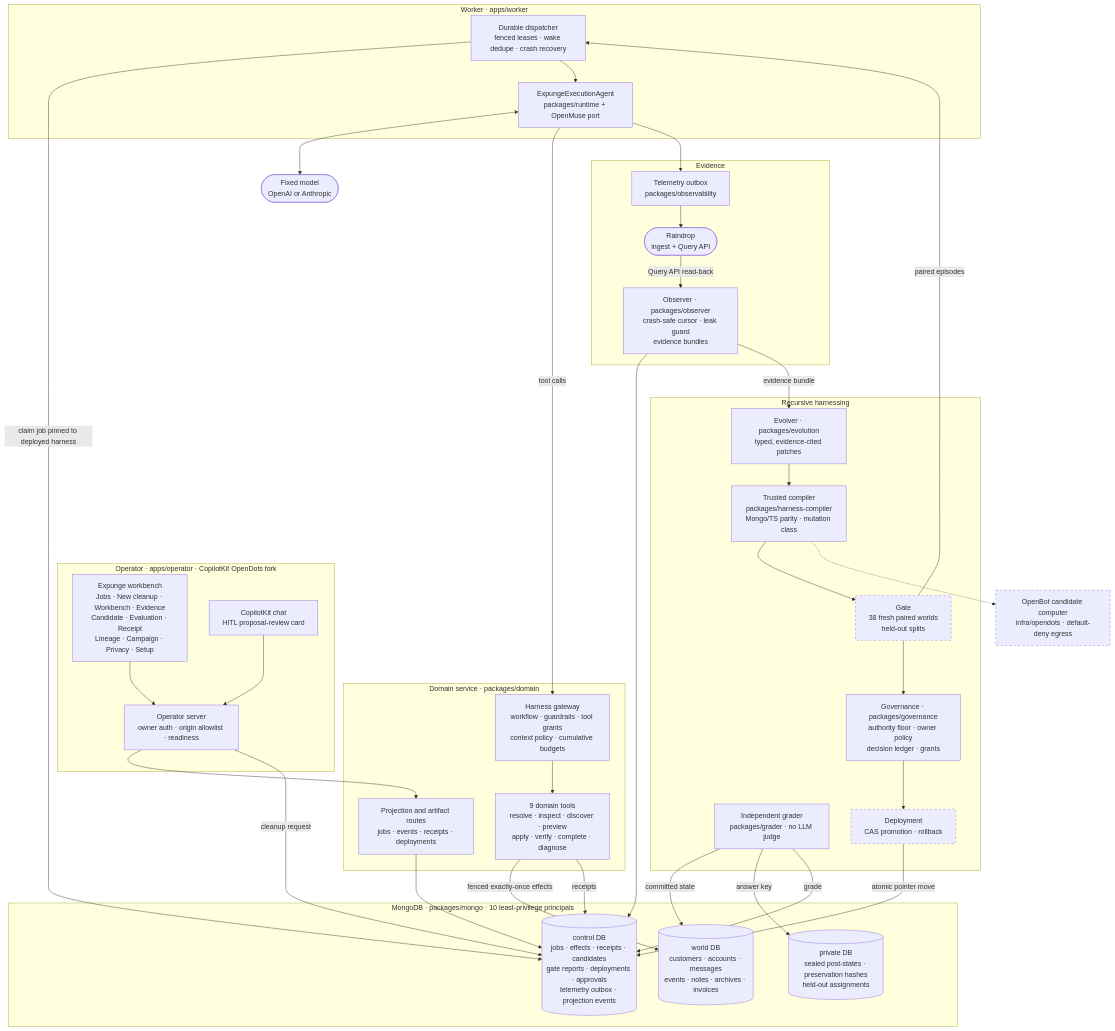
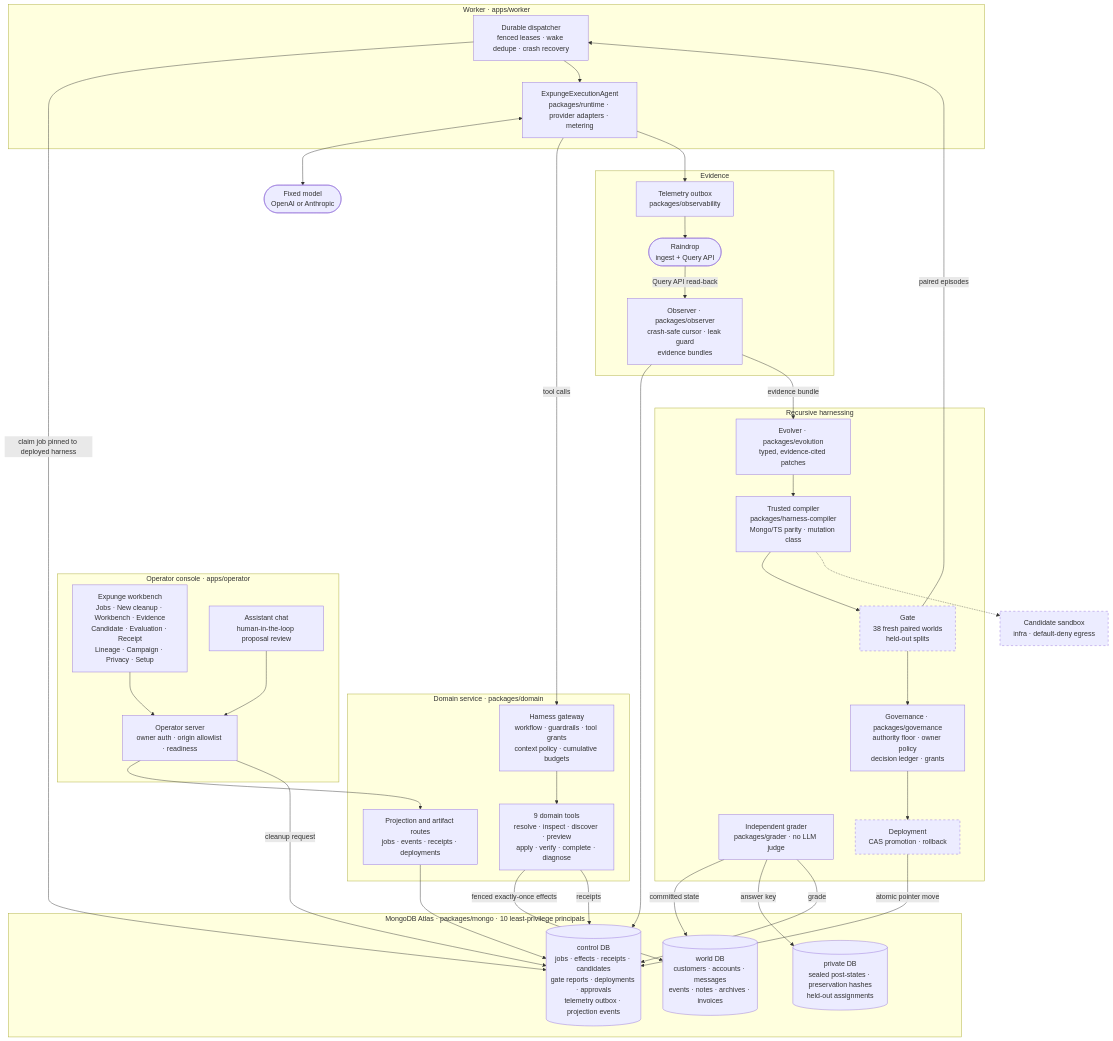
Before and after one commit to nihalnihalani/expunge: the first of 2 diagrams in README.md, drawn with Mermaid. The commit also changed other lines of this file, not shown here.

````diff
--- a/README.md
+++ b/README.md
@@ -57,75 +73,75 @@
 ```mermaid
 flowchart TB
-  subgraph OPERATOR["Operator · apps/operator · CopilotKit OpenDots fork"]
+  subgraph OPERATOR["Operator console · apps/operator"]
     UI["Expunge workbench<br/>Jobs · New cleanup · Workbench · Evidence<br/>Candidate · Evaluation · Receipt<br/>Lineage · Campaign · Privacy · Setup"]
-    CHAT["CopilotKit chat<br/>HITL proposal-review card"]
+    CHAT["Assistant chat<br/>human-in-the-loop proposal review"]
     OPSRV["Operator server<br/>owner auth · origin allowlist · readiness"]
   end
 
   subgraph DOMAIN["Domain service · packages/domain"]
     GW["Harness gateway<br/>workflow · guardrails · tool grants<br/>context policy · cumulative budgets"]
     TOOLS["9 domain tools<br/>resolve · inspect · discover · preview<br/>apply · verify · complete · diagnose"]
     PROJ["Projection and artifact routes<br/>jobs · events · receipts · deployments"]
   end
 
   subgraph WORKER["Worker · apps/worker"]
     DISP["Durable dispatcher<br/>fenced leases · wake dedupe · crash recovery"]
-    AGENT["ExpungeExecutionAgent<br/>packages/runtime + OpenMuse port"]
+    AGENT["ExpungeExecutionAgent<br/>packages/runtime · provider adapters · metering"]
   end
 
   LLM(["Fixed model<br/>OpenAI or Anthropic"])
 
-  subgraph MONGO["MongoDB · packages/mongo · 10 least-privilege principals"]
+  subgraph MONGO["MongoDB Atlas · packages/mongo · 10 least-privilege principals"]
     WORLD[("world DB<br/>customers · accounts · messages<br/>events · notes · archives · invoices")]
     CTRL[("control DB<br/>jobs · effects · receipts · candidates<br/>gate reports · deployments · approvals<br/>telemetry outbox · projection events")]
     PRIV[("private DB<br/>sealed post-states · preservation hashes<br/>held-out assignments")]
   end
 
   subgraph EVIDENCE["Evidence"]
     OUTBOX["Telemetry outbox<br/>packages/observability"]
     RD(["Raindrop<br/>ingest + Query API"])
     OBSV["Observer · packages/observer<br/>crash-safe cursor · leak guard<br/>evidence bundles"]
   end
 
   subgraph RSI["Recursive harnessing"]
     GRADER["Independent grader<br/>packages/grader · no LLM judge"]
     EVO["Evolver · packages/evolution<br/>typed, evidence-cited patches"]
     COMP["Trusted compiler<br/>packages/harness-compiler<br/>Mongo/TS parity · mutation class"]
     GATE["Gate<br/>38 fresh paired worlds<br/>held-out splits"]
     GOV["Governance · packages/governance<br/>authority floor · owner policy<br/>decision ledger · grants"]
     DEP["Deployment<br/>CAS promotion · rollback"]
   end
 
-  SBX["OpenBot candidate computer<br/>infra/opendots · default-deny egress"]
+  SBX["Candidate sandbox<br/>infra · default-deny egress"]
 
   UI --> OPSRV
   CHAT --> OPSRV
   OPSRV --> PROJ
   OPSRV -- "cleanup request" --> CTRL
   DISP -- "claim job pinned to deployed harness" --> CTRL
   DISP --> AGENT
   AGENT <--> LLM
   AGENT -- "tool calls" --> GW
   GW --> TOOLS
   TOOLS -- "fenced exactly-once effects" --> WORLD
   TOOLS -- "receipts" --> CTRL
   PROJ --> CTRL
   AGENT --> OUTBOX
   OUTBOX --> RD
   RD -- "Query API read-back" --> OBSV
   OBSV --> CTRL
   GRADER -- "committed state" --> WORLD
   GRADER -- "answer key" --> PRIV
   GRADER -- "grade" --> CTRL
   OBSV -- "evidence bundle" --> EVO
   EVO --> COMP
   COMP --> GATE
   GATE -- "paired episodes" --> DISP
   GATE --> GOV
   GOV --> DEP
   DEP -- "atomic pointer move" --> CTRL
   COMP -.-> SBX
 
   classDef wip stroke-dasharray: 5 5
   class GATE,DEP,SBX wip
 ```
````
